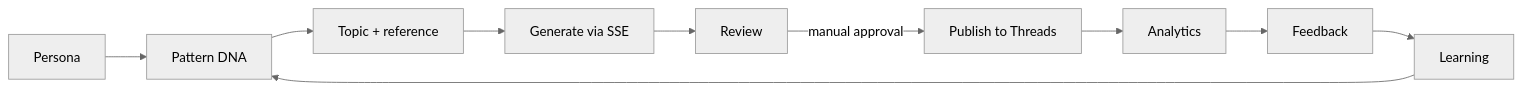
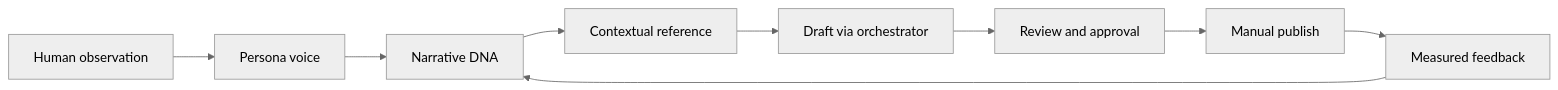
One commit to netslayer67/rocket changed the diagram in README.md. Above: the diagram before and after it, drawn with Mermaid (neutral theme). The commit also changed other lines of this file, not shown here.

````diff
--- a/README.md
+++ b/README.md
@@ -29,12 +38,11 @@
 ```mermaid
 flowchart LR
-  A[Persona] --> B[Pattern DNA]
-  B --> C[Topic + reference]
-  C --> D[Generate via SSE]
-  D --> E[Review]
-  E -->|manual approval| F[Publish to Threads]
-  F --> G[Analytics]
-  G --> H[Feedback]
-  H --> I[Learning]
-  I --> B
+  A[Human observation] --> B[Persona voice]
+  B --> C[Narrative DNA]
+  C --> D[Contextual reference]
+  D --> E[Draft via orchestrator]
+  E --> F[Review and approval]
+  F --> G[Manual publish]
+  G --> H[Measured feedback]
+  H --> C
 ```
````
